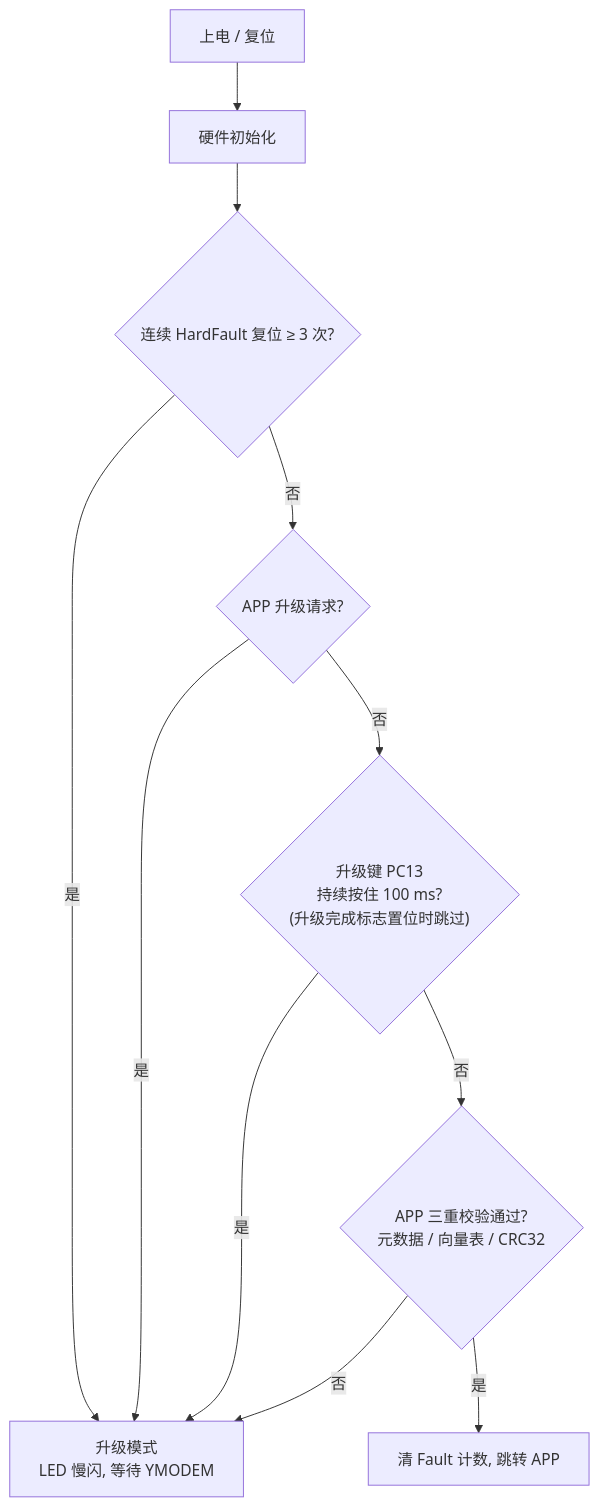
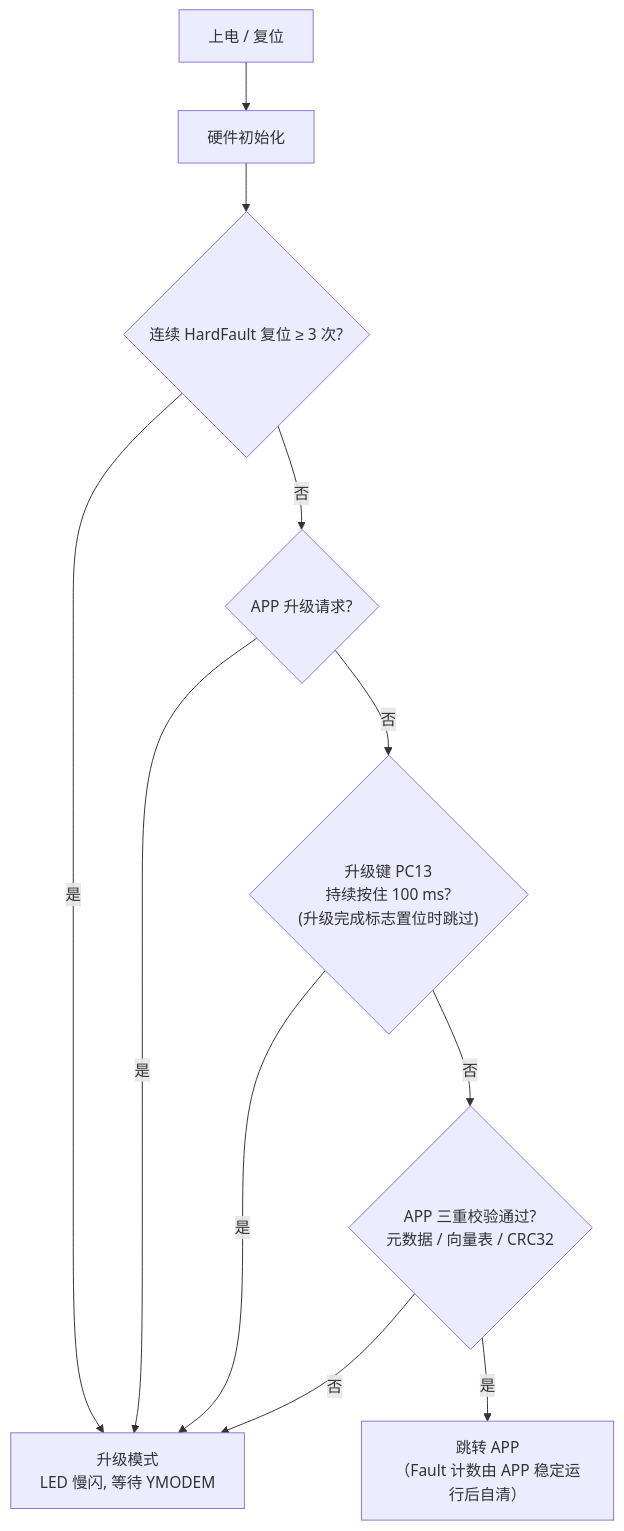
The diagram in docs/系统设计.md (zyf0205/BootLoader), drawn with Mermaid before and after one commit. The commit also changed other lines of this file and 11 other files, not shown here.

````diff
--- a/docs/系统设计.md
+++ b/docs/系统设计.md
@@ -45,13 +45,13 @@
 ```mermaid
 flowchart TD
     A["上电 / 复位"] --> B["硬件初始化"]
     B --> C{"连续 HardFault 复位 ≥ 3 次?"}
     C -- "是" --> UPD["升级模式<br/>LED 慢闪, 等待 YMODEM"]
     C -- "否" --> D{"APP 升级请求?"}
     D -- "是" --> UPD
     D -- "否" --> E{"升级键 PC13<br/>持续按住 100 ms?<br/>(升级完成标志置位时跳过)"}
     E -- "是" --> UPD
     E -- "否" --> F{"APP 三重校验通过?<br/>元数据 / 向量表 / CRC32"}
     F -- "否" --> UPD
-    F -- "是" --> G["清 Fault 计数, 跳转 APP"]
+    F -- "是" --> G["跳转 APP<br/>（Fault 计数由 APP 稳定运行后自清）"]
 ```
````
